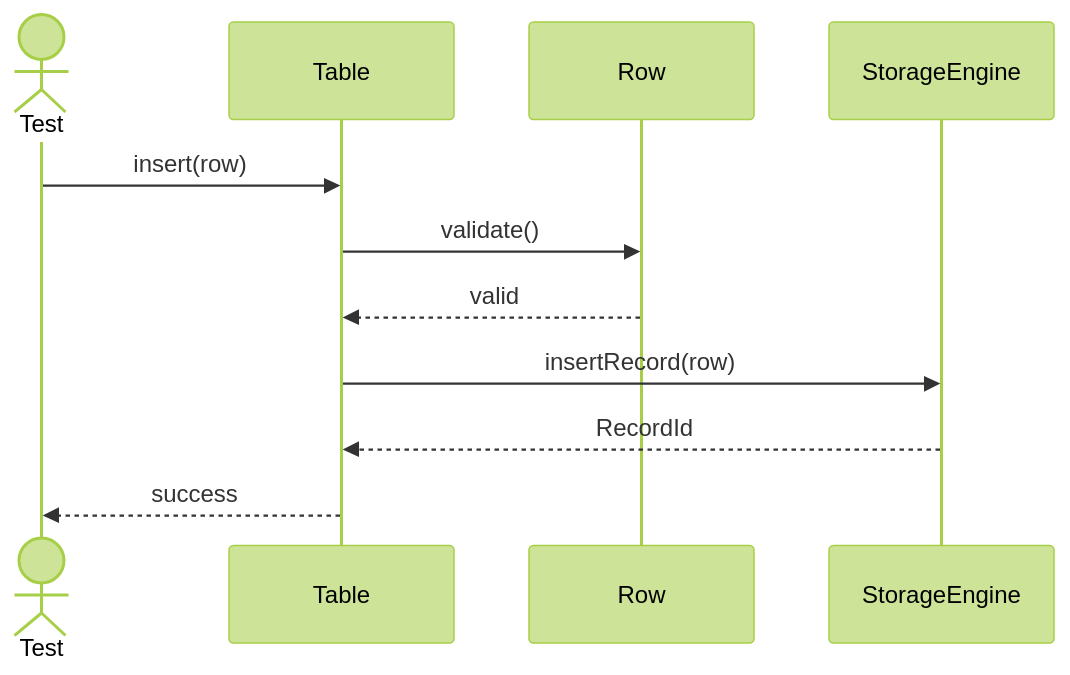
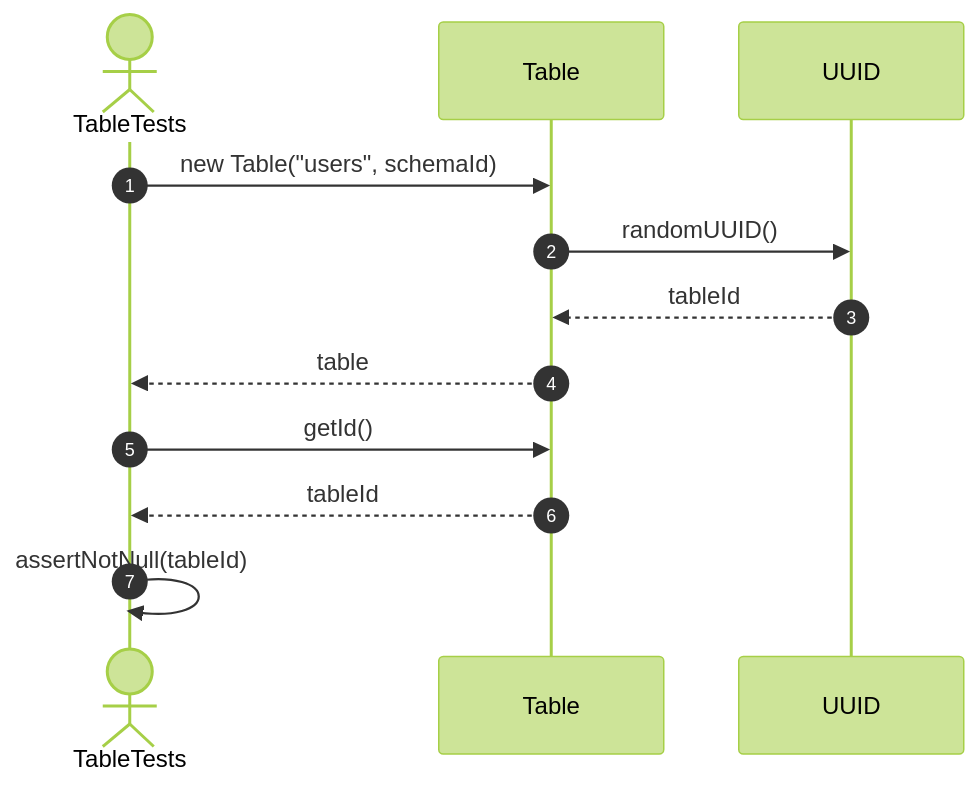
Before and after one commit to FhuAnn/-bbv-AN-s-DBMS: the second of 20 diagrams in src/tests/unit/metadata/sequences/tables-testing.se.md, drawn with Mermaid (forest theme). The commit also changed other lines of this file and 60 other files, not shown here.

Commit message:
refactor data table, row, column, constraint, index test file

````diff
--- a/src/tests/unit/metadata/sequences/tables-testing.se.md
+++ b/src/tests/unit/metadata/sequences/tables-testing.se.md
@@ -26,19 +29,16 @@
 ```mermaid
 sequenceDiagram
-actor Test
-participant Table
-participant Row
-participant StorageEngine
+    autonumber
+    actor Test as TableTests
+    participant Table as Table
+    participant UUID as UUID
 
-Test->>Table: insert(row)
+    Test->>Table: new Table("users", schemaId)
+    Table->>UUID: randomUUID()
+    UUID-->>Table: tableId
+    Table-->>Test: table
 
-Table->>Row: validate()
-
-Row-->>Table: valid
-
-Table->>StorageEngine: insertRecord(row)
-
-StorageEngine-->>Table: RecordId
-
-Table-->>Test: success
+    Test->>Table: getId()
+    Table-->>Test: tableId
+    Test->>Test: assertNotNull(tableId)
 ```
````
